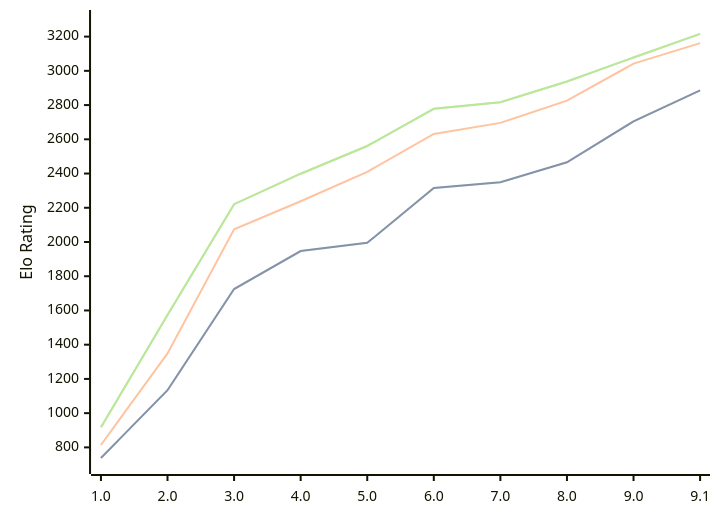
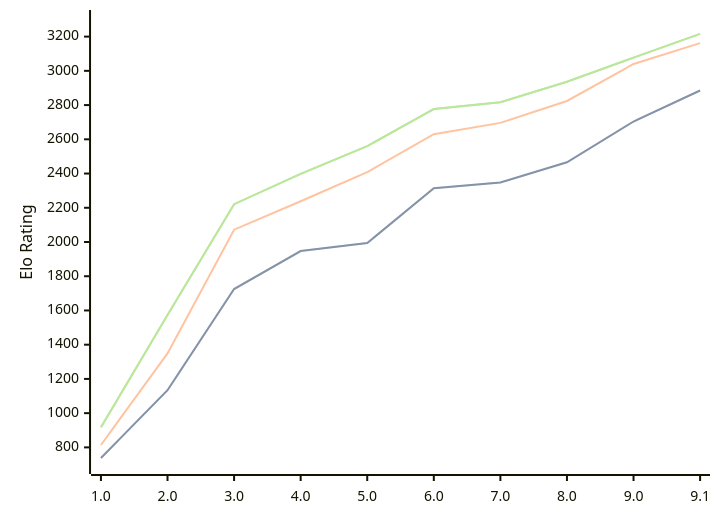
The diagram in engines/Pea.md (computer-chess-index/cci), drawn with Mermaid before and after one commit. The commit also changed other lines of this file, not shown here.

Commit message:
Update CCI Ratings (ELO VLTC) - 2026-10-01

````diff
--- a/engines/Pea.md
+++ b/engines/Pea.md
@@ -40,11 +40,11 @@
 ```mermaid
 %%{init: {"theme":"base","themeVariables":{"seriesColors:['#a3a3a3','#222221','#faa371']}}}%%
 xychart-beta
   x-axis ["1.0", "2.0", "3.0", "4.0", "5.0", "6.0", "7.0", "8.0", "9.0", "9.1"]
   y-axis "Elo Rating" 700 --> 3300
-  line "" [738, 1134, 1725, 1947, 1995, 2315, 2349, 2466, 2705, 2886]
-  line "STC (8.0+0.08s)" [738, 1134, 1725, 1947, 1995, 2315, 2349, 2466, 2705, 2886]
-  line "LTC (60.0+0.60s)" [814, 1349, 2074, 2238, 2410, 2631, 2696, 2826, 3042, 3162]
-  line "" [917, 1573, 2221, 2399, 2561, 2778, 2817, 2938, 3078, 3216]
-  line "VLTC (2m24s+1.12s)" [917, 1573, 2221, 2399, 2561, 2778, 2817, 2938, 3078, 3216]
+  line "" [738, 1134, 1725, 1947, 1994, 2314, 2348, 2466, 2704, 2885]
+  line "STC (8.0+0.08s)" [738, 1134, 1725, 1947, 1994, 2314, 2348, 2466, 2704, 2885]
+  line "LTC (60.0+0.60s)" [814, 1349, 2072, 2238, 2408, 2630, 2696, 2824, 3040, 3162]
+  line "" [917, 1573, 2221, 2398, 2560, 2777, 2817, 2936, 3077, 3216]
+  line "VLTC (2m24s+1.12s)" [917, 1573, 2221, 2398, 2560, 2777, 2817, 2936, 3077, 3216]
 ```
````
